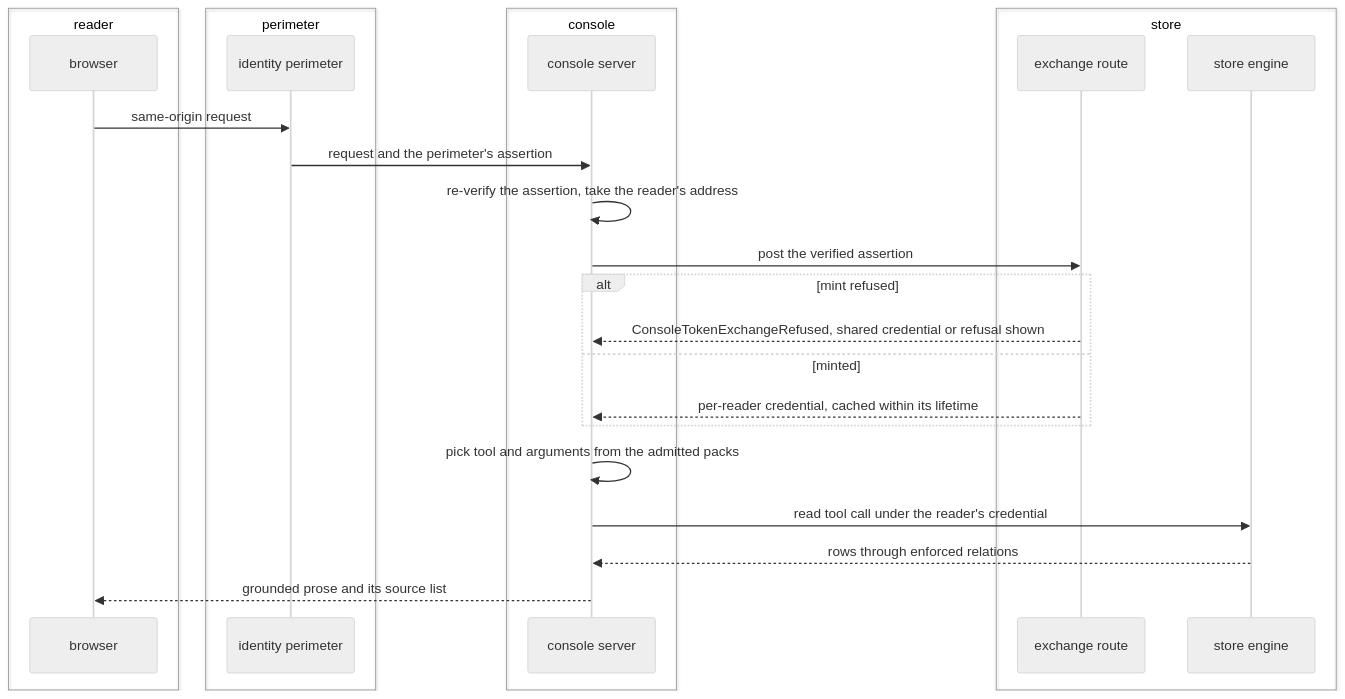
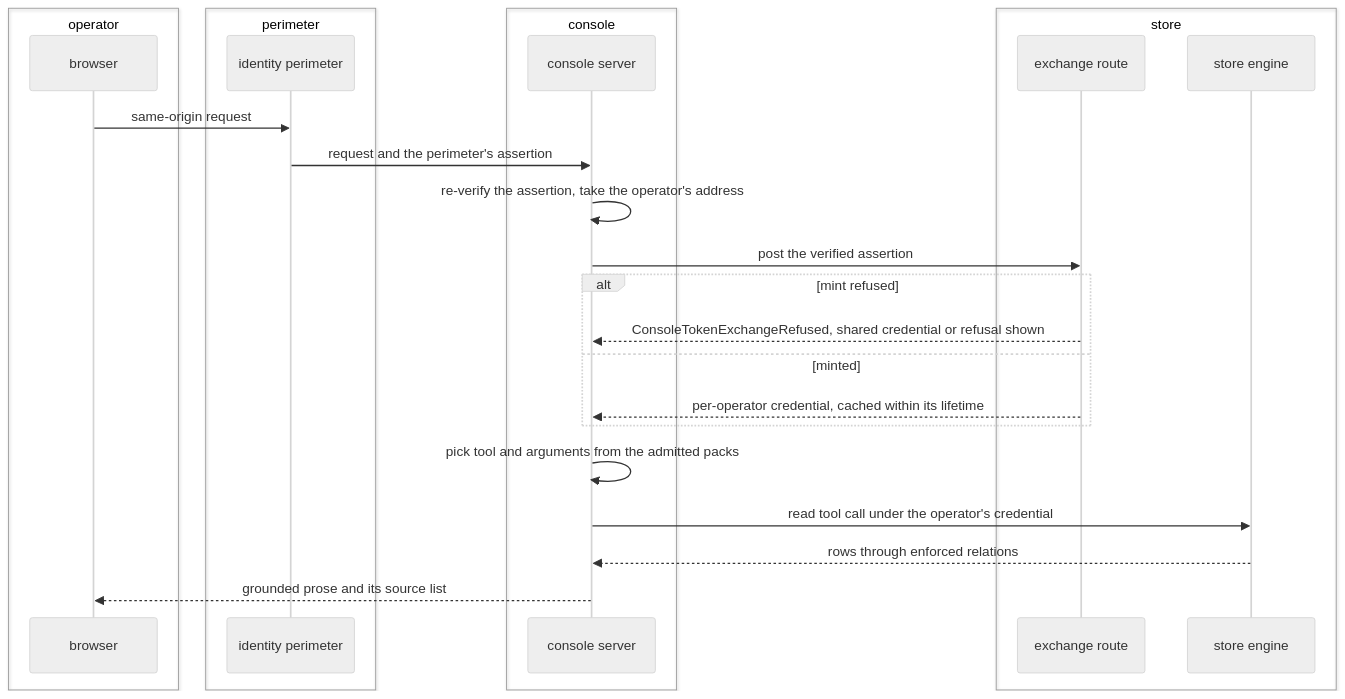
Before and after one commit to fractalboxdev/contextful: the fourth of 6 diagrams in spec/71-console.md, drawn with Mermaid (neutral theme). The commit also changed other lines of this file and 11 other files, not shown here.

````diff
--- a/spec/71-console.md
+++ b/spec/71-console.md
@@ -152,29 +195,29 @@
 ```mermaid
 sequenceDiagram
-  box reader
+  box operator
     participant B as browser
   end
   box perimeter
     participant P as identity perimeter
   end
   box console
     participant S as console server
   end
   box store
     participant X as exchange route
     participant E as store engine
   end
   B->>P: same-origin request
   P->>S: request and the perimeter's assertion
-  S->>S: re-verify the assertion, take the reader's address
+  S->>S: re-verify the assertion, take the operator's address
   S->>X: post the verified assertion
   alt mint refused
     X-->>S: ConsoleTokenExchangeRefused, shared credential or refusal shown
   else minted
-    X-->>S: per-reader credential, cached within its lifetime
+    X-->>S: per-operator credential, cached within its lifetime
   end
   S->>S: pick tool and arguments from the admitted packs
-  S->>E: read tool call under the reader's credential
+  S->>E: read tool call under the operator's credential
   E-->>S: rows through enforced relations
   S-->>B: grounded prose and its source list
 ```
````
